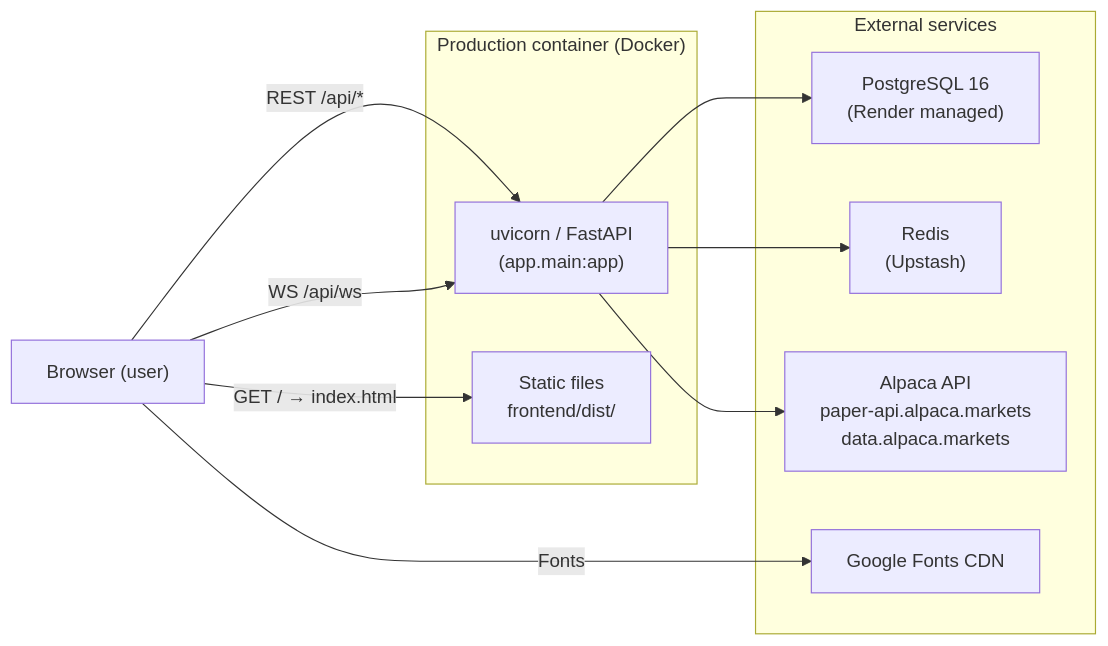
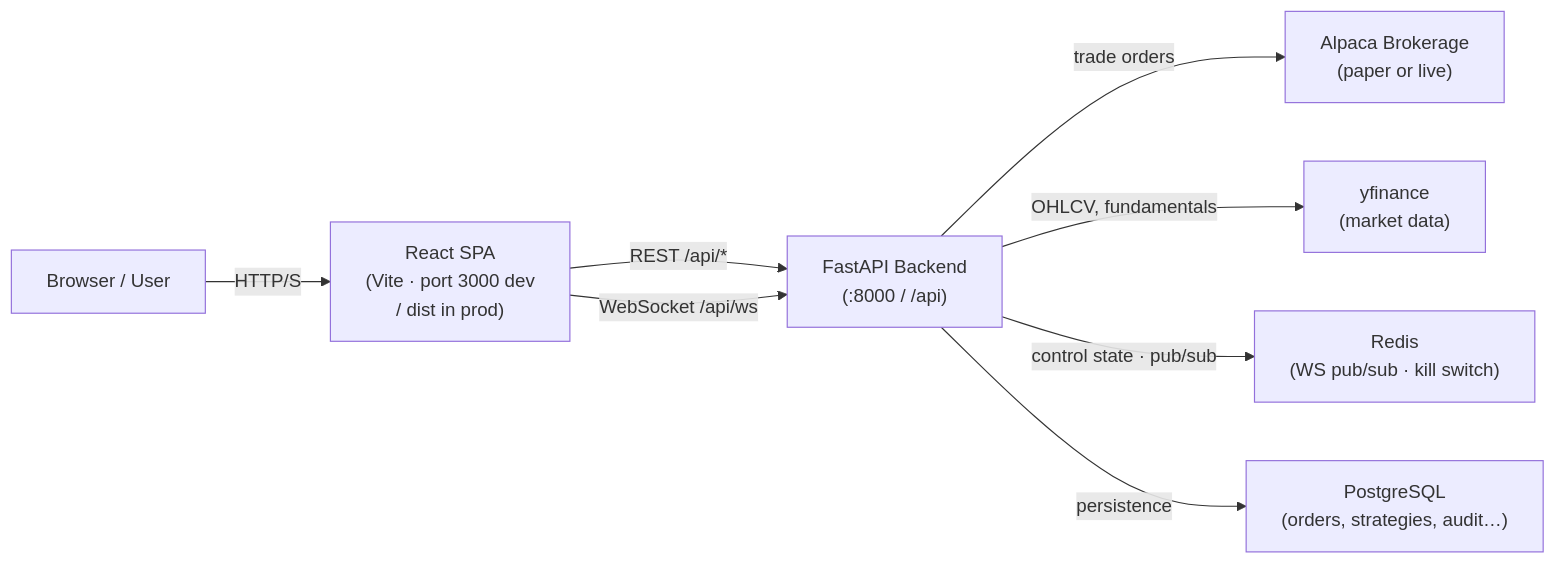
The second of 2 diagrams in docs/frontend-analysis/01-architecture.md (pratikbadlani02/lodestar), drawn with Mermaid before and after one commit. The commit also changed other lines of this file and 46 other files, not shown here.

Commit message:
architecture documents

````diff
--- a/docs/frontend-analysis/01-architecture.md
+++ b/docs/frontend-analysis/01-architecture.md
@@ -84,24 +90,18 @@
 ```mermaid
 graph LR
-    Browser["Browser (user)"]
+    User["Browser / User"]
+    SPA["React SPA\n(Vite · port 3000 dev\n/ dist in prod)"]
+    FastAPI["FastAPI Backend\n(:8000 / /api)"]
+    Alpaca["Alpaca Brokerage\n(paper or live)"]
+    YFinance["yfinance\n(market data)"]
+    Redis["Redis\n(WS pub/sub · kill switch)"]
+    Postgres["PostgreSQL\n(orders, strategies, audit…)"]
 
-    subgraph prod["Production container (Docker)"]
-        Uvicorn["uvicorn / FastAPI\n(app.main:app)"]
-        StaticFiles["Static files\nfrontend/dist/"]
-    end
-
-    subgraph external["External services"]
-        Postgres["PostgreSQL 16\n(Render managed)"]
-        Redis["Redis\n(Upstash)"]
-        Alpaca["Alpaca API\npaper-api.alpaca.markets\ndata.alpaca.markets"]
-        GoogleFonts["Google Fonts CDN"]
-    end
-
-    Browser -- "GET /  →  index.html" --> StaticFiles
-    Browser -- "REST /api/*" --> Uvicorn
-    Browser -- "WS /api/ws" --> Uvicorn
-    Browser -- "Fonts" --> GoogleFonts
-    Uvicorn --> Postgres
-    Uvicorn --> Redis
-    Uvicorn --> Alpaca
+    User -->|"HTTP/S"| SPA
+    SPA -->|"REST /api/*"| FastAPI
+    SPA -->|"WebSocket /api/ws"| FastAPI
+    FastAPI -->|"trade orders"| Alpaca
+    FastAPI -->|"OHLCV, fundamentals"| YFinance
+    FastAPI -->|"control state · pub/sub"| Redis
+    FastAPI -->|"persistence"| Postgres
 ```
````
